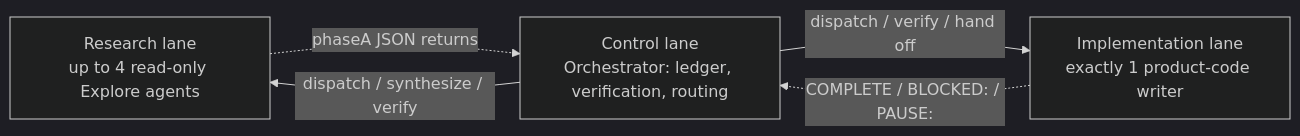
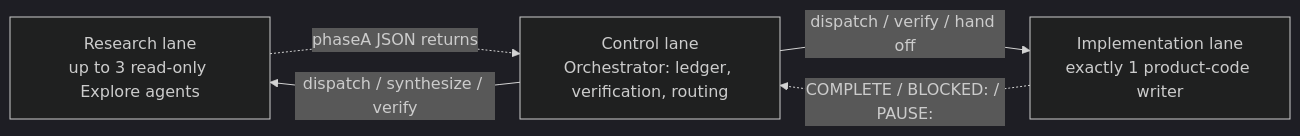
Before and after one commit to r-siddiq/harness-echelon: the first of 2 diagrams in README.md, drawn with Mermaid (dark theme). The commit also changed other lines of this file and 6 other files, not shown here.

````diff
--- a/README.md
+++ b/README.md
@@ -71,10 +71,10 @@
 ```mermaid
 flowchart LR
-    R["Research lane<br/>up to 4 read-only Explore agents"]
+    R["Research lane<br/>up to 3 read-only Explore agents"]
     C["Control lane<br/>Orchestrator: ledger, verification, routing"]
     W["Implementation lane<br/>exactly 1 product-code writer"]
     C -- "dispatch / synthesize / verify" --> R
     C -- "dispatch / verify / hand off" --> W
     R -. "phaseA JSON returns" .-> C
     W -. "COMPLETE / BLOCKED: / PAUSE:" .-> C
 ```
````
